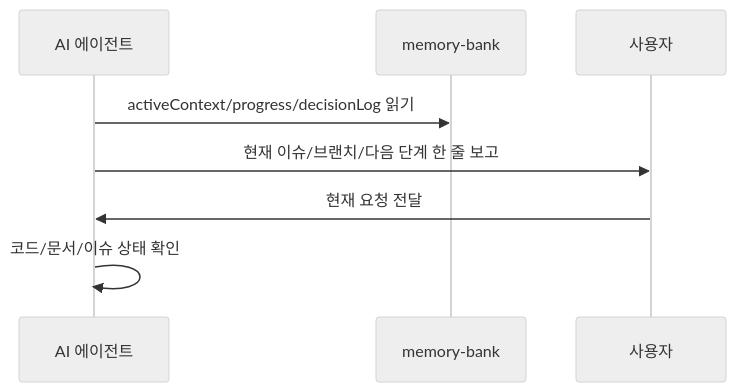
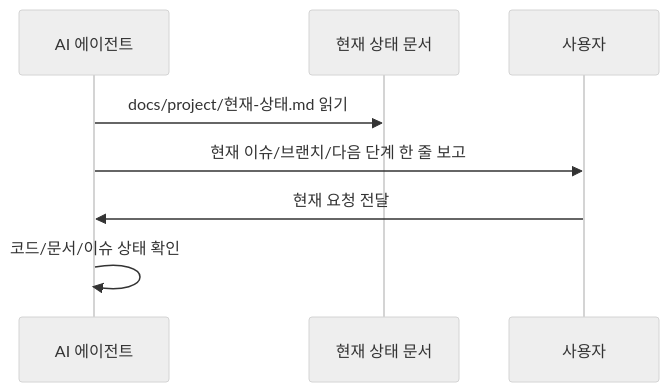
Before and after one commit to QyongGin/DocuMind: the first of 2 diagrams in docs/workflow/AI-에이전트-작업-흐름.md, drawn with Mermaid (neutral theme). The commit also changed other lines of this file and 41 other files, not shown here.

First line of the commit message:
docs(agent): memory-bank를 ADR·현재 상태 문서·알려진 문제로 나눠 실무 구조로 바꿈

````diff
--- a/docs/workflow/AI-에이전트-작업-흐름.md
+++ b/docs/workflow/AI-에이전트-작업-흐름.md
@@ -29,11 +29,11 @@
 ```mermaid
 sequenceDiagram
     participant Agent as AI 에이전트
-    participant Memory as memory-bank
+    participant Status as 현재 상태 문서
     participant User as 사용자
 
-    Agent->>Memory: activeContext/progress/decisionLog 읽기
+    Agent->>Status: docs/project/현재-상태.md 읽기
     Agent->>User: 현재 이슈/브랜치/다음 단계 한 줄 보고
     User->>Agent: 현재 요청 전달
     Agent->>Agent: 코드/문서/이슈 상태 확인
 ```
````
